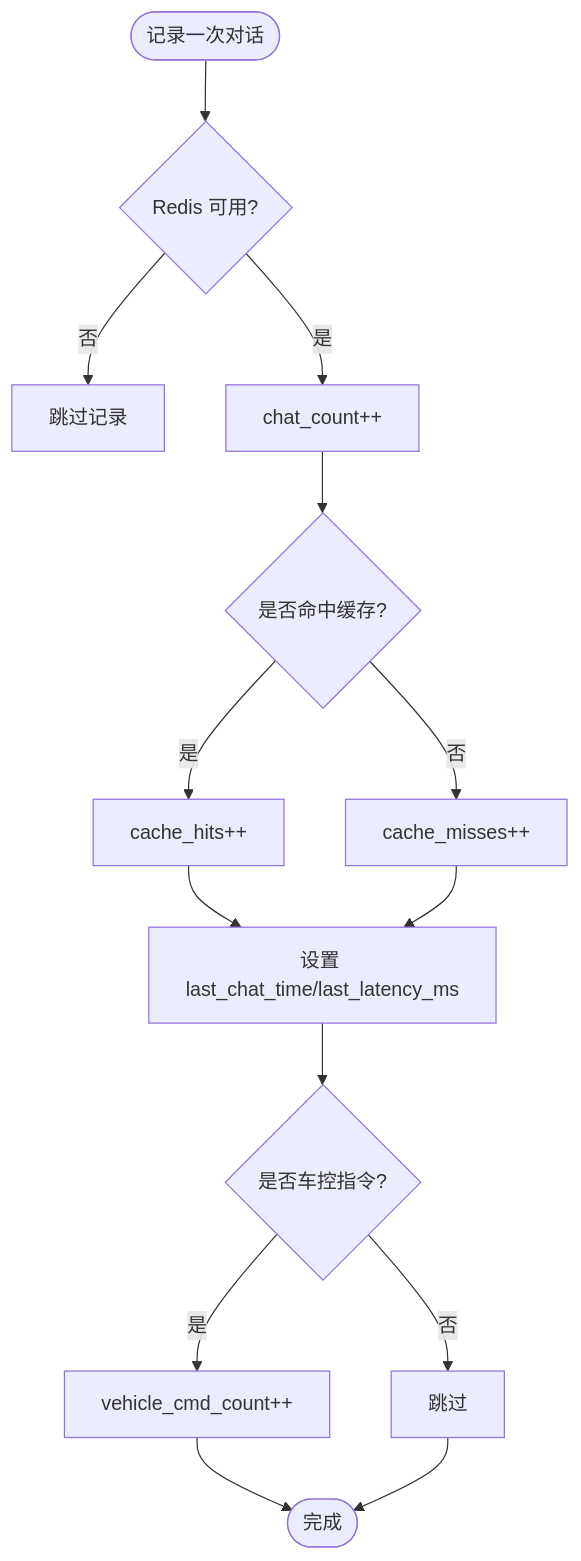
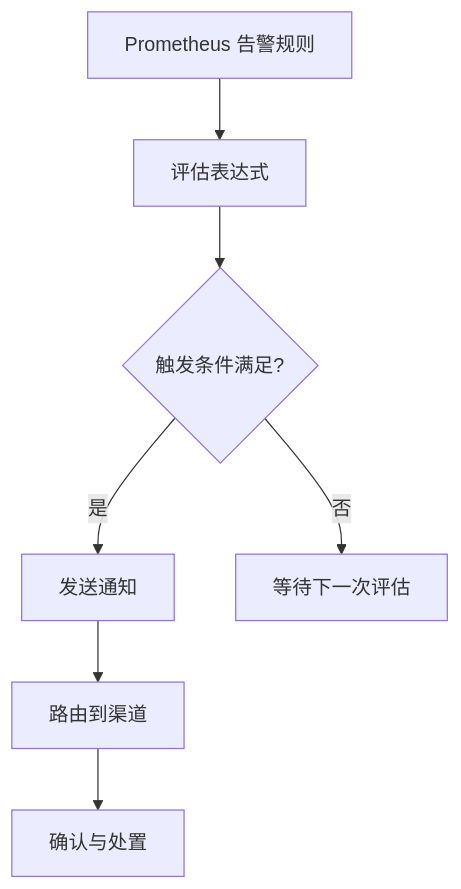
The eighth of 10 diagrams in .qoder/repowiki/zh/content/可观测性系统/可观测性系统.md (zmdhdu/NexusCockpit), drawn with Mermaid before and after one commit. The commit also changed other lines of this file and 535 other files, not shown here.

````diff
--- a/.qoder/repowiki/zh/content/可观测性系统/可观测性系统.md
+++ b/.qoder/repowiki/zh/content/可观测性系统/可观测性系统.md
@@ -256,16 +318,9 @@
 ```mermaid
 flowchart TD
-Start(["记录一次对话"]) --> CheckRedis{"Redis 可用?"}
-CheckRedis --> |否| EndNoop["跳过记录"]
-CheckRedis --> |是| IncChat["chat_count++"]
-IncChat --> CacheHit{"是否命中缓存?"}
-CacheHit --> |是| IncHits["cache_hits++"]
-CacheHit --> |否| IncMisses["cache_misses++"]
-IncHits --> SetMeta["设置 last_chat_time/last_latency_ms"]
-IncMisses --> SetMeta
-SetMeta --> VehicleCmd{"是否车控指令?"}
-VehicleCmd --> |是| IncVehicle["vehicle_cmd_count++"]
-VehicleCmd --> |否| SkipVehicle["跳过"]
-IncVehicle --> Done(["完成"])
-SkipVehicle --> Done
+Rule["Prometheus 告警规则"] --> Eval["评估表达式"]
+Eval --> Trigger{"触发条件满足?"}
+Trigger --> |是| Notify["发送通知"]
+Trigger --> |否| Wait["等待下一次评估"]
+Notify --> Route["路由到渠道"]
+Route --> Ack["确认与处置"]
 ```
````
